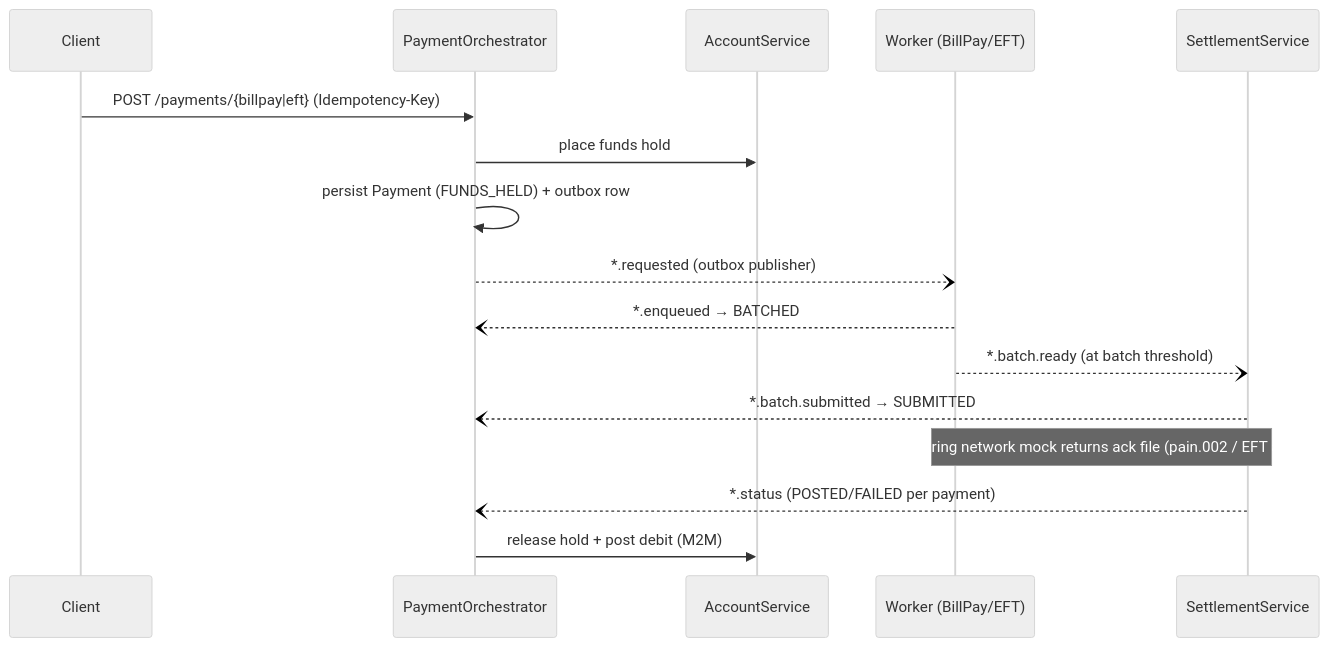
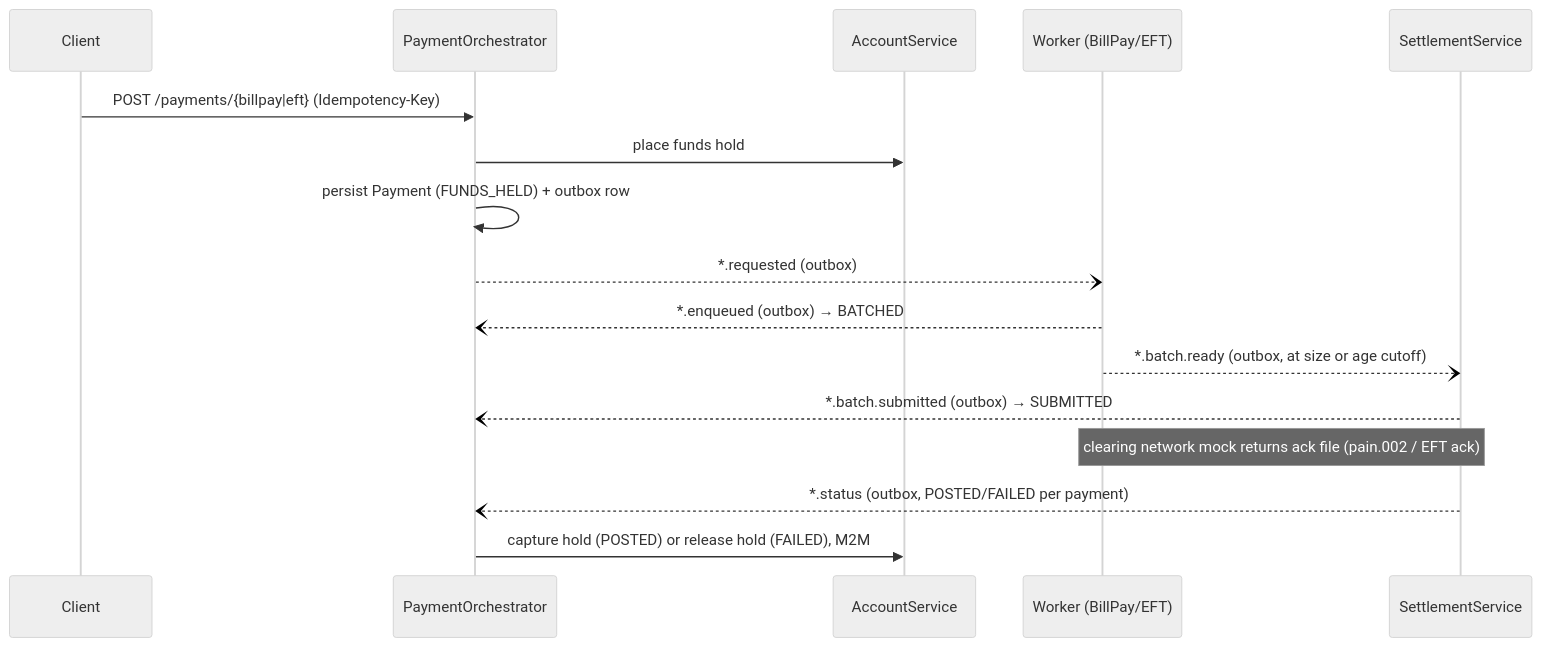
The diagram in README.md (PRANAVTANGUTURU123/banking_system_springboot_services), drawn with Mermaid (neutral theme) before and after one commit. The commit also changed other lines of this file and 117 other files, not shown here.

````diff
--- a/README.md
+++ b/README.md
@@ -27,18 +27,18 @@
 ```mermaid
 sequenceDiagram
     participant C as Client
     participant PO as PaymentOrchestrator
     participant AS as AccountService
     participant W as Worker (BillPay/EFT)
     participant SS as SettlementService
     C->>PO: POST /payments/{billpay|eft} (Idempotency-Key)
     PO->>AS: place funds hold
     PO->>PO: persist Payment (FUNDS_HELD) + outbox row
-    PO--)W: *.requested (outbox publisher)
-    W--)PO: *.enqueued  → BATCHED
-    W--)SS: *.batch.ready (at batch threshold)
-    SS--)PO: *.batch.submitted → SUBMITTED
+    PO--)W: *.requested (outbox)
+    W--)PO: *.enqueued (outbox) → BATCHED
+    W--)SS: *.batch.ready (outbox, at size or age cutoff)
+    SS--)PO: *.batch.submitted (outbox) → SUBMITTED
     Note over W,SS: clearing network mock returns ack file (pain.002 / EFT ack)
-    SS--)PO: *.status (POSTED/FAILED per payment)
-    PO->>AS: release hold + post debit (M2M)
+    SS--)PO: *.status (outbox, POSTED/FAILED per payment)
+    PO->>AS: capture hold (POSTED) or release hold (FAILED), M2M
 ```
````
